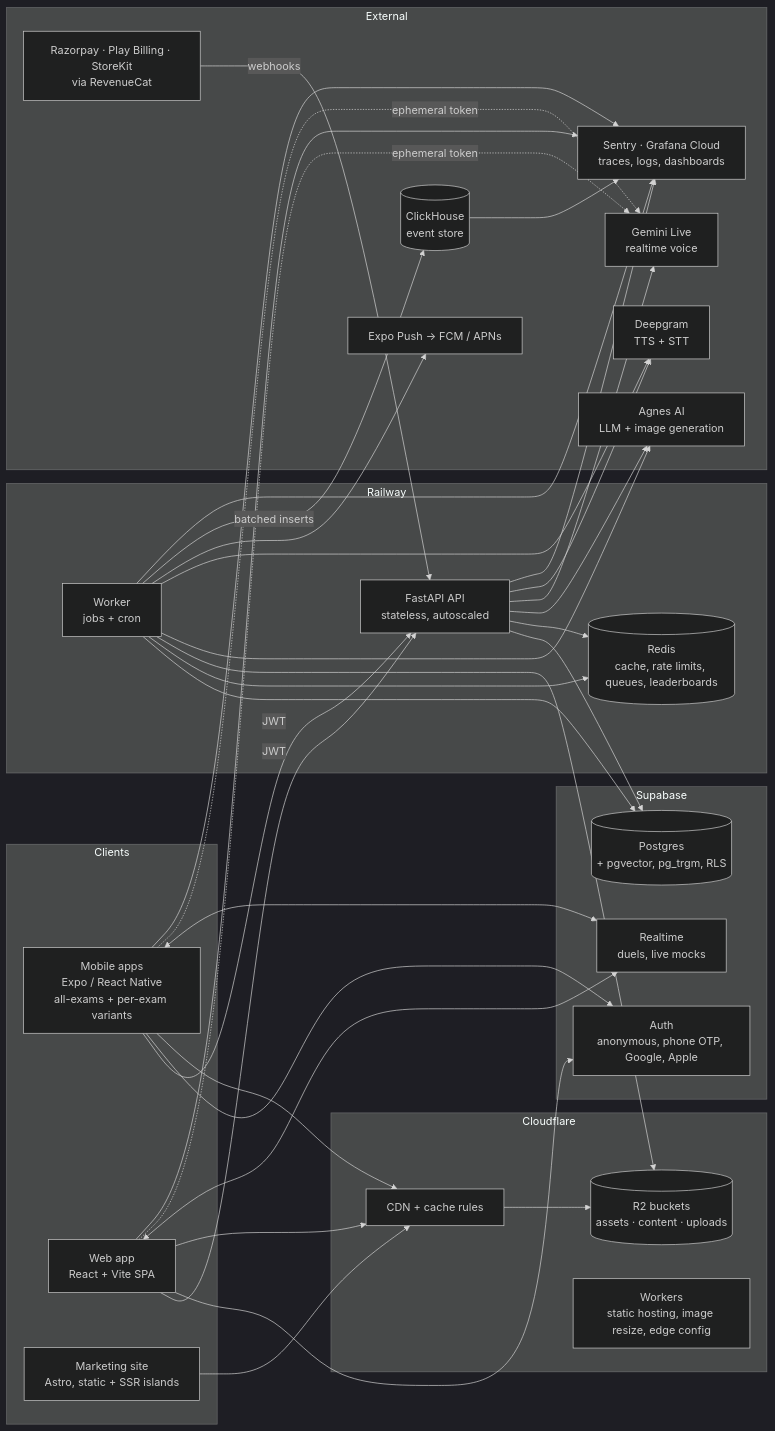
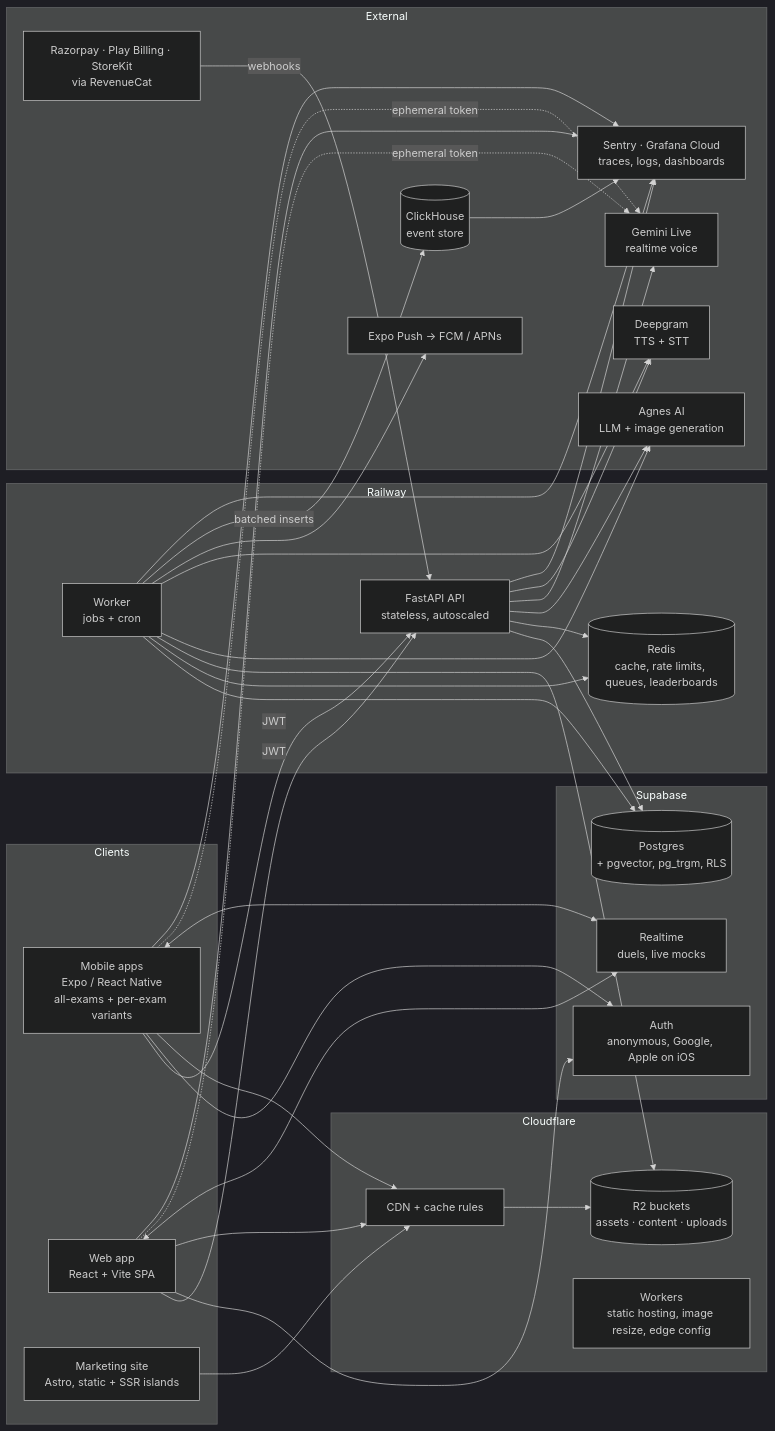
The first of 2 diagrams in docs/TRD.md (saksham1991999/smriti), drawn with Mermaid (dark theme) before and after one commit. The commit also changed other lines of this file and 109 other files, not shown here.

First line of the commit message:
WIP: Google-only sign-in, flow and screen specs, research, mock kit and Agnes art

````diff
--- a/docs/TRD.md
+++ b/docs/TRD.md
@@ -25,48 +25,48 @@
 ```mermaid
 flowchart LR
   subgraph Clients
     M[Mobile apps<br/>Expo / React Native<br/>all-exams + per-exam variants]
     W[Web app<br/>React + Vite SPA]
     S[Marketing site<br/>Astro, static + SSR islands]
   end
   subgraph Cloudflare
     CDN[CDN + cache rules]
     R2[(R2 buckets<br/>assets · content · uploads)]
     WK[Workers<br/>static hosting, image resize, edge config]
   end
   subgraph Railway
     API[FastAPI API<br/>stateless, autoscaled]
     WRK[Worker<br/>jobs + cron]
     RDS[(Redis<br/>cache, rate limits, queues, leaderboards)]
   end
   subgraph Supabase
-    AUTH[Auth<br/>anonymous, phone OTP, Google, Apple]
+    AUTH[Auth<br/>anonymous, Google, Apple on iOS]
     PG[(Postgres<br/>+ pgvector, pg_trgm, RLS)]
     RT[Realtime<br/>duels, live mocks]
   end
   subgraph External
     AGN[Agnes AI<br/>LLM + image generation]
     VOICE[Gemini Live<br/>realtime voice]
     DG[Deepgram<br/>TTS + STT]
     CH[(ClickHouse<br/>event store)]
     PAY[Razorpay · Play Billing · StoreKit<br/>via RevenueCat]
     PUSH[Expo Push → FCM / APNs]
     OBS[Sentry · Grafana Cloud<br/>traces, logs, dashboards]
   end
   M & W -->|JWT| API
   M & W --> AUTH
   M & W --> CDN --> R2
   S --> CDN
   M & W <--> RT
   API --> PG
   API --> RDS
   WRK --> PG & RDS & R2
   API --> AGN & VOICE & DG
   WRK --> AGN & DG
   M & W -.->|ephemeral token| VOICE
   PAY -->|webhooks| API
   WRK --> PUSH
   WRK -->|batched inserts| CH
   CH --> OBS
   M & W & API & WRK --> OBS
 ```
````
